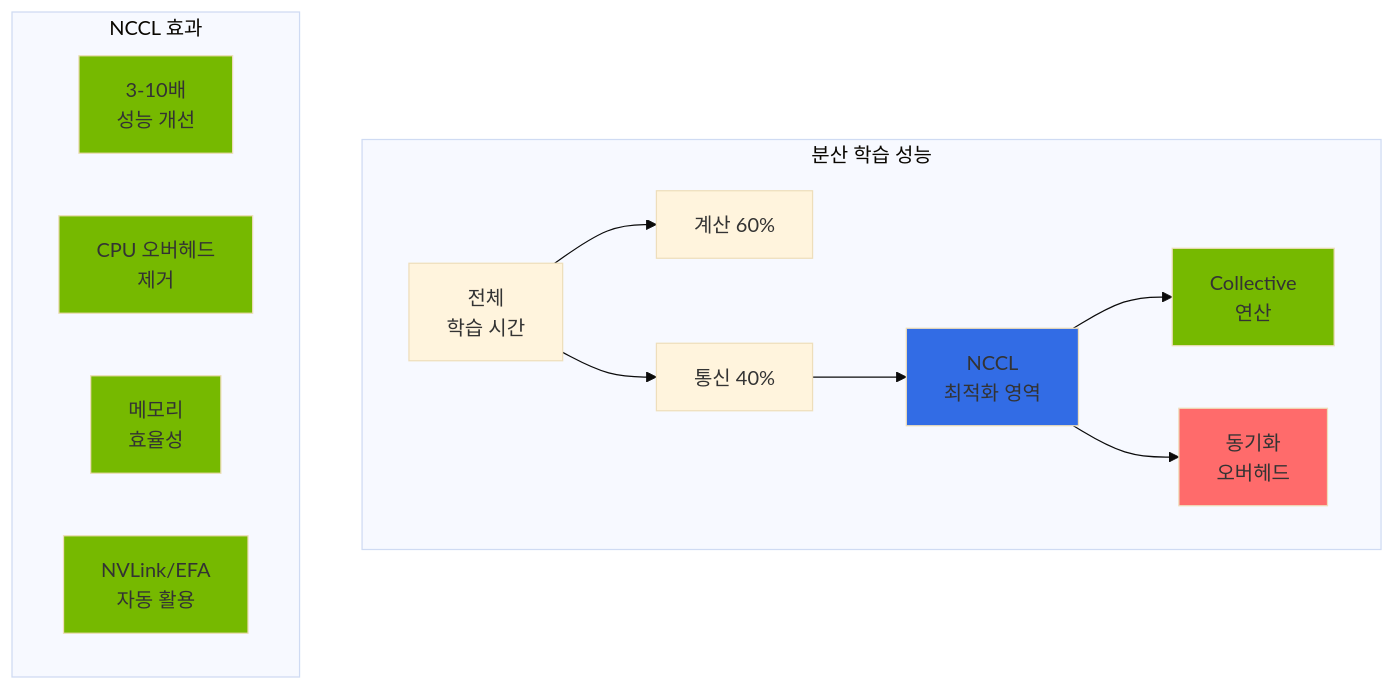
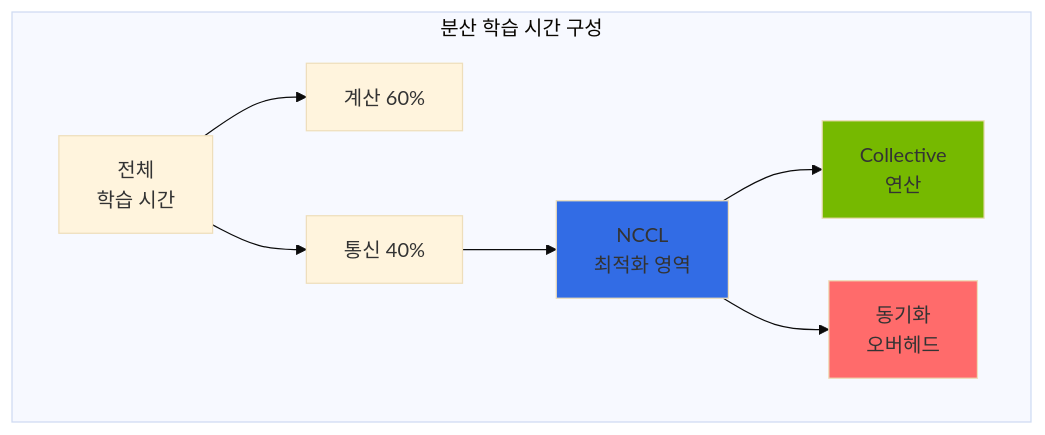
The fifth of 6 diagrams in docs/agentic-ai-platform/model-serving/nemo-framework.md (devfloor9/engineering-playbook), drawn with Mermaid (base theme) before and after one commit. The commit also changed other lines of this file and 5 other files, not shown here.

````diff
--- a/docs/agentic-ai-platform/model-serving/nemo-framework.md
+++ b/docs/agentic-ai-platform/model-serving/nemo-framework.md
@@ -644,31 +412,19 @@
 ```mermaid
 flowchart TB
-    subgraph Perf["분산 학습 성능"]
-        A[전체<br/>학습 시간]
-        B[계산 60%]
-        C[통신 40%]
+    subgraph Perf["분산 학습 시간 구성"]
+        Total[전체<br/>학습 시간]
+        Compute[계산 60%]
+        Comm[통신 40%]
 
-        A --> B
-        A --> C
+        Total --> Compute
+        Total --> Comm
 
-        C --> D[NCCL<br/>최적화 영역]
-        D --> E[Collective<br/>연산]
-        D --> F[동기화<br/>오버헤드]
+        Comm --> NCCL[NCCL<br/>최적화 영역]
+        NCCL --> Collective[Collective<br/>연산]
+        NCCL --> Sync[동기화<br/>오버헤드]
 
-        style D fill:#326ce5
-        style E fill:#76b900
-        style F fill:#ff6b6b
-    end
-
-    subgraph Benefits["NCCL 효과"]
-        H[3-10배<br/>성능 개선]
-        I[CPU 오버헤드<br/>제거]
-        J[메모리<br/>효율성]
-        K[NVLink/EFA<br/>자동 활용]
-
-        style H fill:#76b900
-        style I fill:#76b900
-        style J fill:#76b900
-        style K fill:#76b900
+        style NCCL fill:#326ce5
+        style Collective fill:#76b900
+        style Sync fill:#ff6b6b
     end
 ```
````
